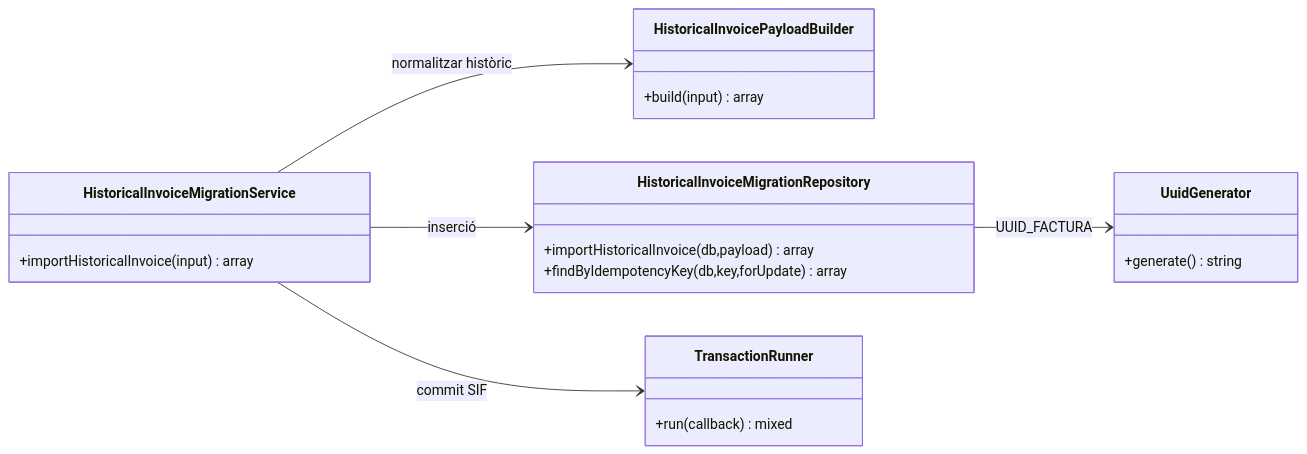
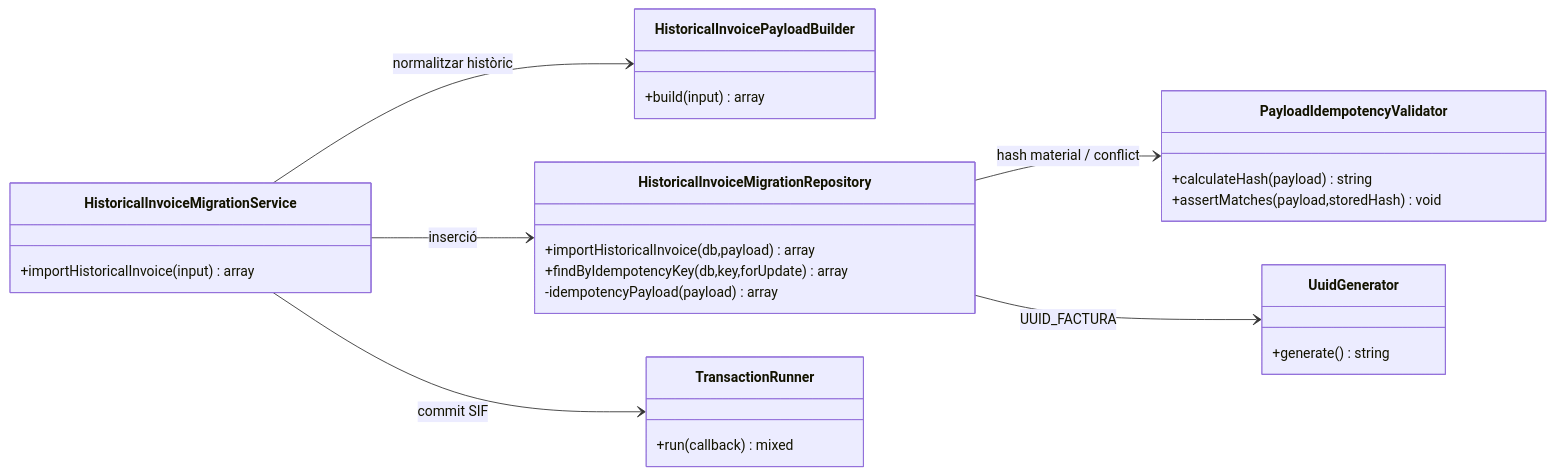
The fourth of 11 diagrams in documentacio/07-uml-integrat/uc-011-importar-factura-historica.md (orgmeriemprismacat-del/verifactu), drawn with Mermaid before and after one commit. The commit also changed other lines of this file, not shown here.

Commit message:
docs(uc-011): reconcile integrated UML with full audit findings

````diff
--- a/documentacio/07-uml-integrat/uc-011-importar-factura-historica.md
+++ b/documentacio/07-uml-integrat/uc-011-importar-factura-historica.md
@@ -112,24 +145,30 @@
 ```mermaid
 classDiagram
 direction LR
 class HistoricalInvoiceMigrationService {
  +importHistoricalInvoice(input) array
 }
 class HistoricalInvoicePayloadBuilder {
  +build(input) array
 }
 class HistoricalInvoiceMigrationRepository {
  +importHistoricalInvoice(db,payload) array
  +findByIdempotencyKey(db,key,forUpdate) array
+ -idempotencyPayload(payload) array
+}
+class PayloadIdempotencyValidator {
+ +calculateHash(payload) string
+ +assertMatches(payload,storedHash) void
 }
 class TransactionRunner {
  +run(callback) mixed
 }
 class UuidGenerator {
  +generate() string
 }
 HistoricalInvoiceMigrationService --> HistoricalInvoicePayloadBuilder : normalitzar històric
 HistoricalInvoiceMigrationService --> TransactionRunner : commit SIF
 HistoricalInvoiceMigrationService --> HistoricalInvoiceMigrationRepository : inserció
+HistoricalInvoiceMigrationRepository --> PayloadIdempotencyValidator : hash material / conflict
 HistoricalInvoiceMigrationRepository --> UuidGenerator : UUID_FACTURA
 ```
````
